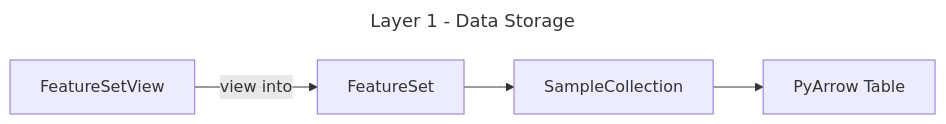
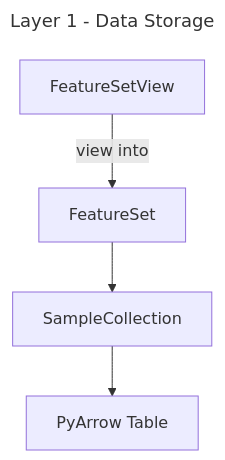
The first of 4 diagrams in docs/explanation/architecture_overview.md (REIL-UConn/modular-ml), drawn with Mermaid before and after one commit. The commit also changed 8 other files, not shown here.

````diff
--- a/docs/explanation/architecture_overview.md
+++ b/docs/explanation/architecture_overview.md
@@ -19,10 +19,10 @@
 ```{mermaid}
 ---
 title: Layer 1 - Data Storage
 ---
-graph LR
+graph TB
     FeatureSetView -->|"view into"| FeatureSet
     FeatureSet --> SampleCollection
     SampleCollection --> PyArrow["PyArrow Table"]
 
 ```
````
